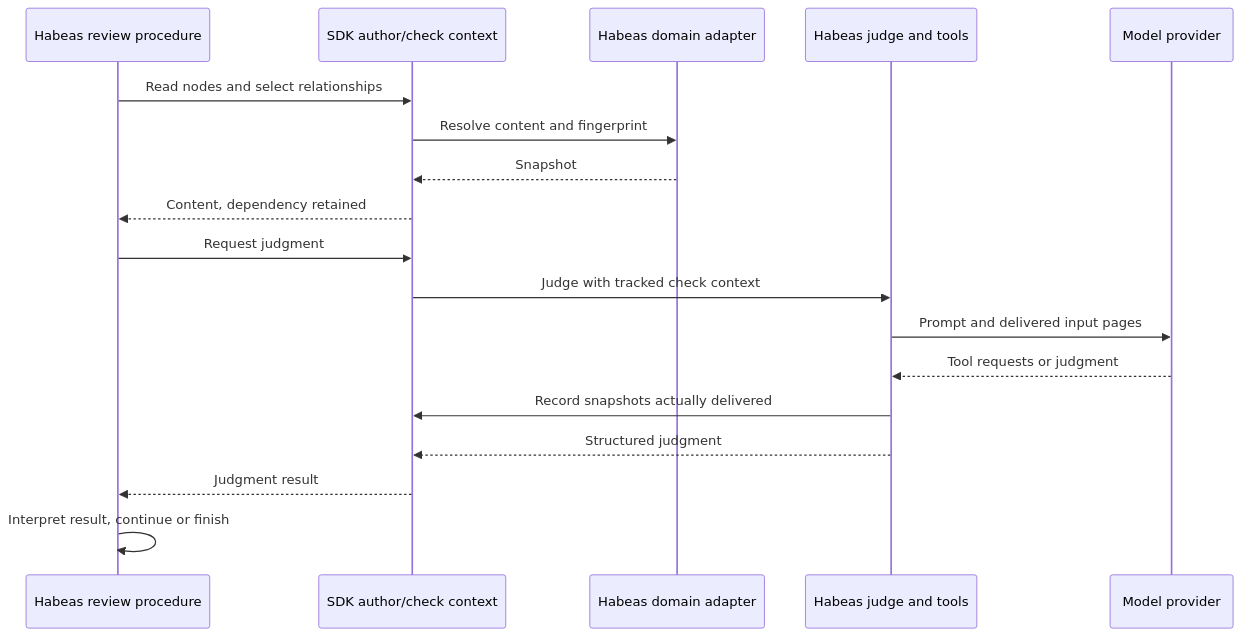
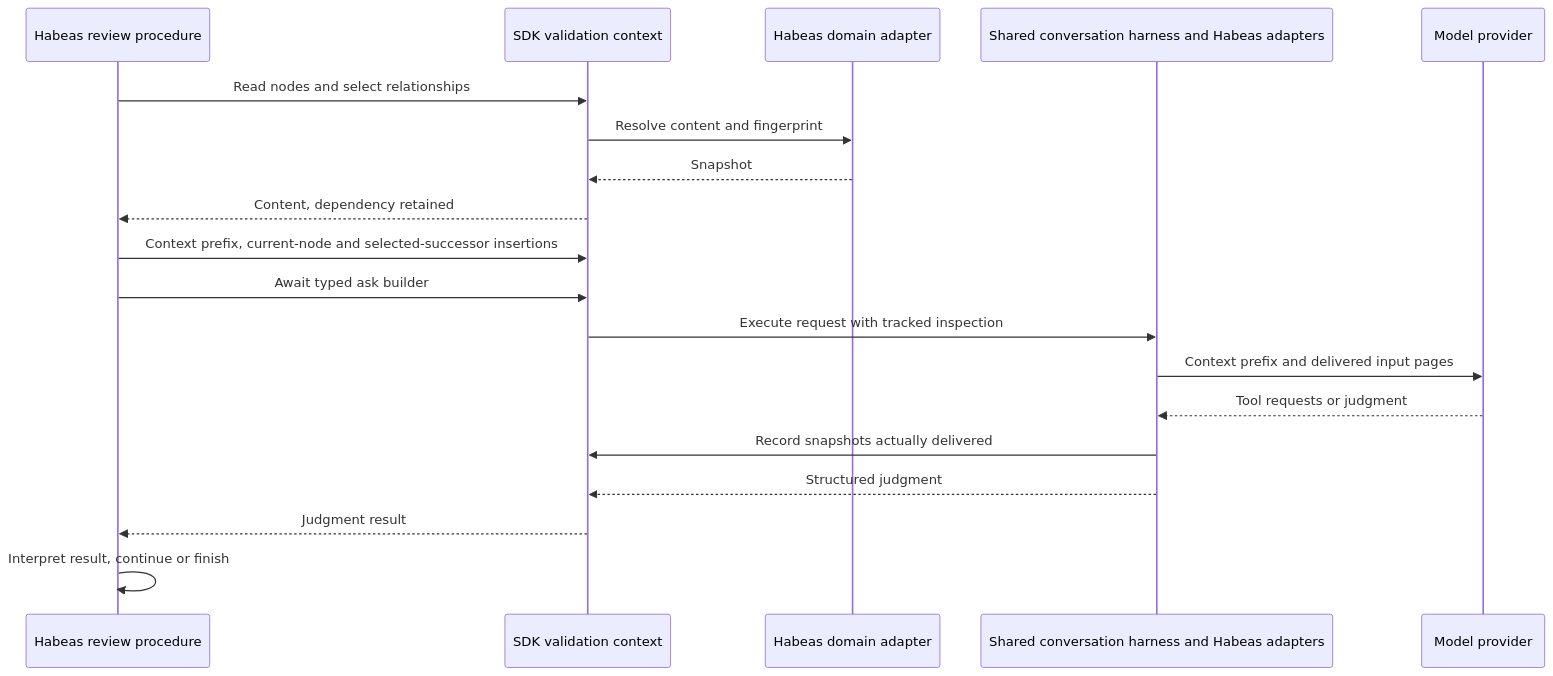
The second of 5 diagrams in md/requirements/sdk/habeas.md (nikomatsakis/habeas-codicem), drawn with Mermaid before and after one commit. The commit also changed other lines of this file and 11 other files, not shown here.

First line of the commit message:
Specify explicit SDK inputs and Habeas evidence compatibility

````diff
--- a/md/requirements/sdk/habeas.md
+++ b/md/requirements/sdk/habeas.md
@@ -47,20 +46,21 @@
 ```mermaid
 sequenceDiagram
     participant H as Habeas review procedure
-    participant S as SDK author/check context
+    participant S as SDK validation context
     participant D as Habeas domain adapter
-    participant J as Habeas judge and tools
+    participant J as Shared conversation harness and Habeas adapters
     participant M as Model provider
     H->>S: Read nodes and select relationships
     S->>D: Resolve content and fingerprint
     D-->>S: Snapshot
     S-->>H: Content, dependency retained
-    H->>S: Request judgment
-    S->>J: Judge with tracked check context
-    J->>M: Prompt and delivered input pages
+    H->>S: Context prefix, current-node and selected-successor insertions
+    H->>S: Await typed ask builder
+    S->>J: Execute request with tracked inspection
+    J->>M: Context prefix and delivered input pages
     M-->>J: Tool requests or judgment
     J->>S: Record snapshots actually delivered
     J-->>S: Structured judgment
     S-->>H: Judgment result
     H->>H: Interpret result, continue or finish
 ```
````
